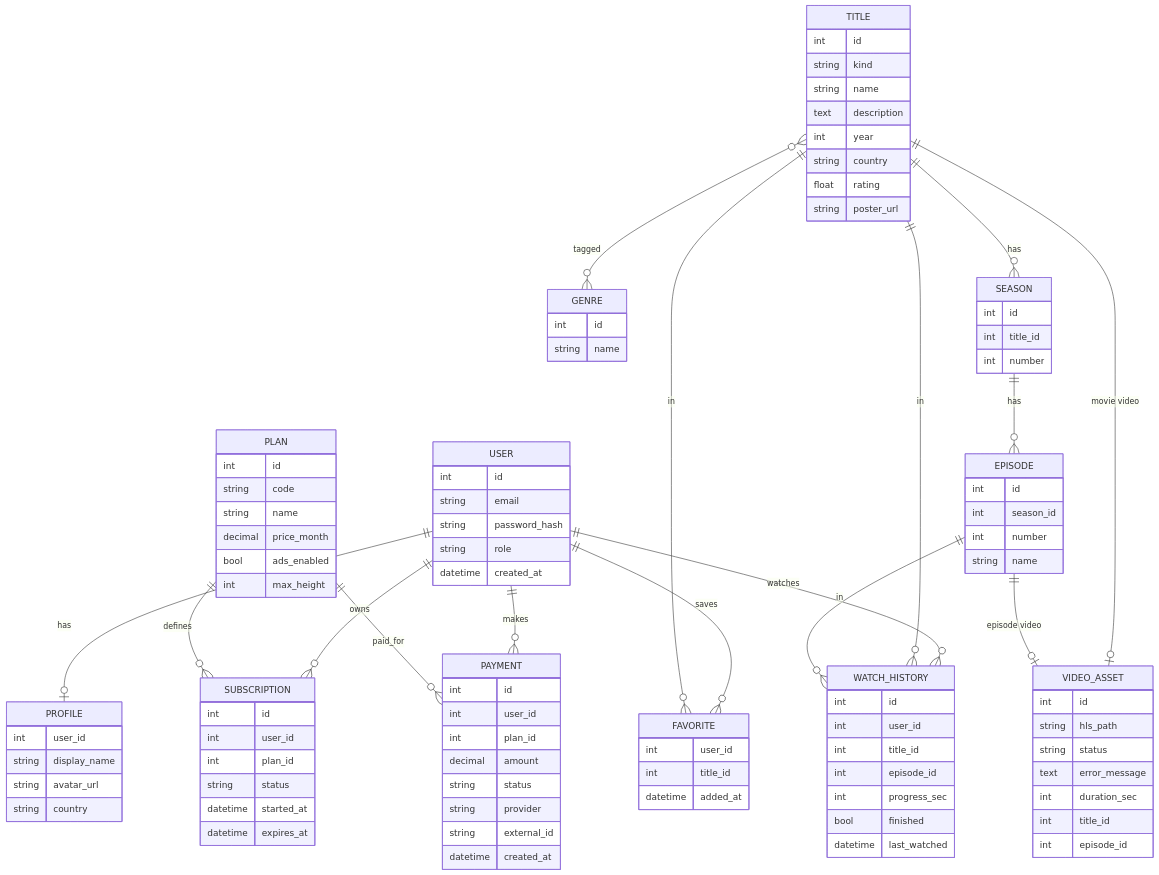
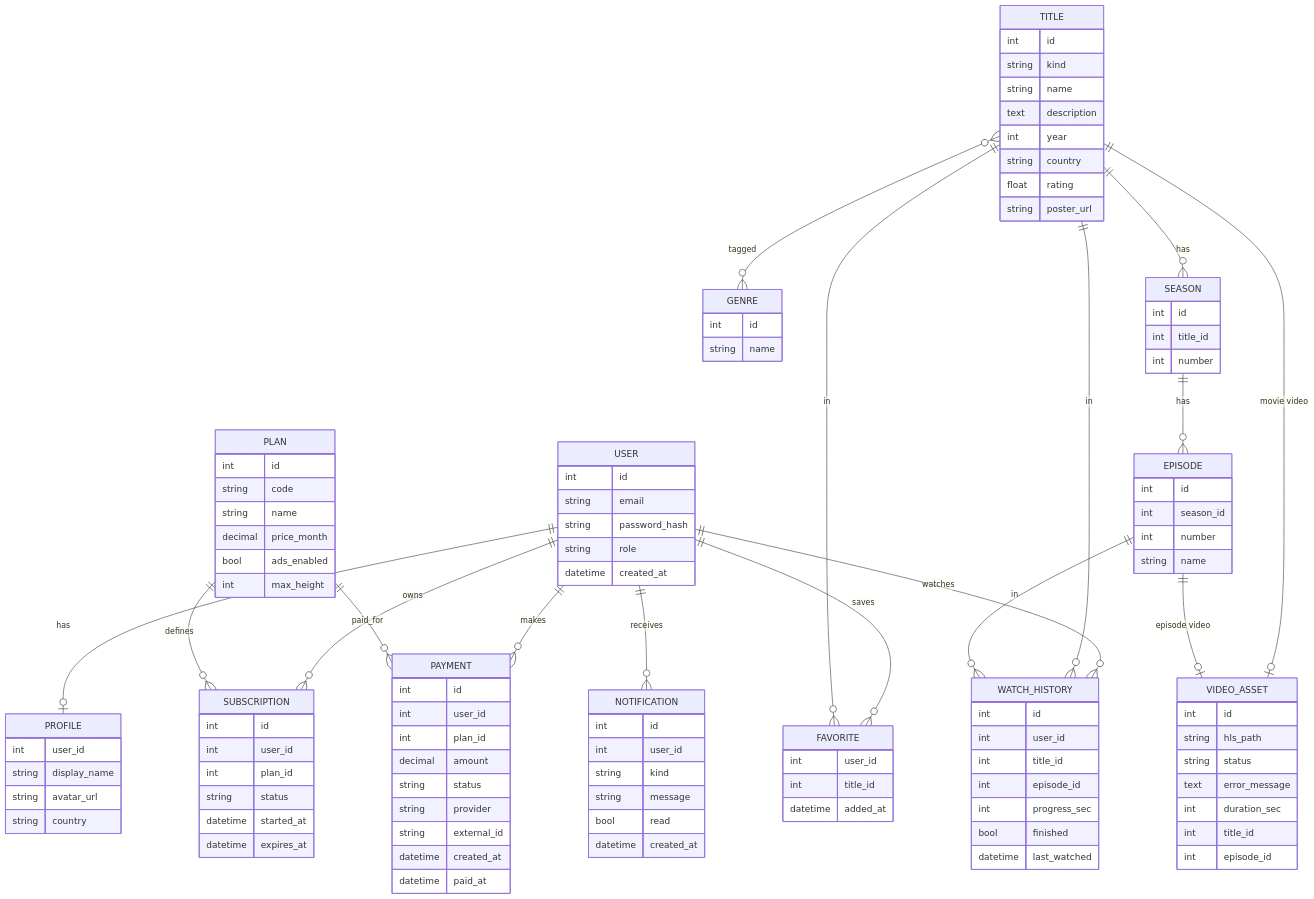
Before and after one commit to MatskoDanylo/Software-doc-design-coursework: the second of 10 diagrams in docs/ARCHITECTURE.md, drawn with Mermaid. The commit also changed other lines of this file, not shown here.

Commit message:
docs: describe Observer, Factory Method and Adapter with payment sequence

````diff
--- a/docs/ARCHITECTURE.md
+++ b/docs/ARCHITECTURE.md
@@ -33,31 +33,33 @@
 ```mermaid
 erDiagram
     USER ||--o| PROFILE : has
     USER ||--o{ SUBSCRIPTION : owns
     USER ||--o{ PAYMENT : makes
     USER ||--o{ FAVORITE : saves
     USER ||--o{ WATCH_HISTORY : watches
+    USER ||--o{ NOTIFICATION : receives
     PLAN ||--o{ SUBSCRIPTION : defines
     PLAN ||--o{ PAYMENT : paid_for
     TITLE ||--o{ FAVORITE : in
     TITLE }o--o{ GENRE : tagged
     TITLE ||--o{ SEASON : has
     SEASON ||--o{ EPISODE : has
     TITLE ||--o| VIDEO_ASSET : "movie video"
     EPISODE ||--o| VIDEO_ASSET : "episode video"
     TITLE ||--o{ WATCH_HISTORY : in
     EPISODE ||--o{ WATCH_HISTORY : in
 
     USER { int id string email string password_hash string role datetime created_at }
     PROFILE { int user_id string display_name string avatar_url string country }
     PLAN { int id string code string name decimal price_month bool ads_enabled int max_height }
     SUBSCRIPTION { int id int user_id int plan_id string status datetime started_at datetime expires_at }
-    PAYMENT { int id int user_id int plan_id decimal amount string status string provider string external_id datetime created_at }
+    PAYMENT { int id int user_id int plan_id decimal amount string status string provider string external_id datetime created_at datetime paid_at }
+    NOTIFICATION { int id int user_id string kind string message bool read datetime created_at }
     TITLE { int id string kind string name text description int year string country float rating string poster_url }
     GENRE { int id string name }
     SEASON { int id int title_id int number }
     EPISODE { int id int season_id int number string name }
     VIDEO_ASSET { int id string hls_path string status text error_message int duration_sec int title_id int episode_id }
     FAVORITE { int user_id int title_id datetime added_at }
     WATCH_HISTORY { int id int user_id int title_id int episode_id int progress_sec bool finished datetime last_watched }
 ```
````
